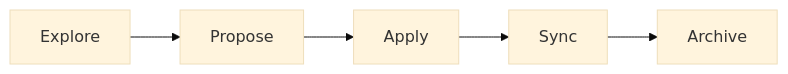
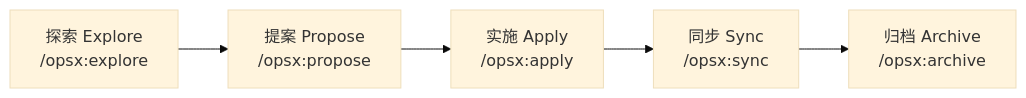
One commit to jkang/openspec-example changed the first of 3 diagrams in docs/TALK_PRD_TO_SPECS.md. Above: the diagram before and after it, drawn with Mermaid (base theme). The commit also changed other lines of this file and 44 other files, not shown here.

````diff
--- a/docs/TALK_PRD_TO_SPECS.md
+++ b/docs/TALK_PRD_TO_SPECS.md
@@ -49,7 +49,7 @@
 ```mermaid
 graph LR
-    A[Explore] --> B[Propose]
-    B --> C[Apply]
-    C --> D[Sync]
-    D --> E[Archive]
+    A[探索 Explore<br/>/opsx:explore] --> B[提案 Propose<br/>/opsx:propose]
+    B --> C[实施 Apply<br/>/opsx:apply]
+    C --> D[同步 Sync<br/>/opsx:sync]
+    D --> E[归档 Archive<br/>/opsx:archive]
 ```
````
